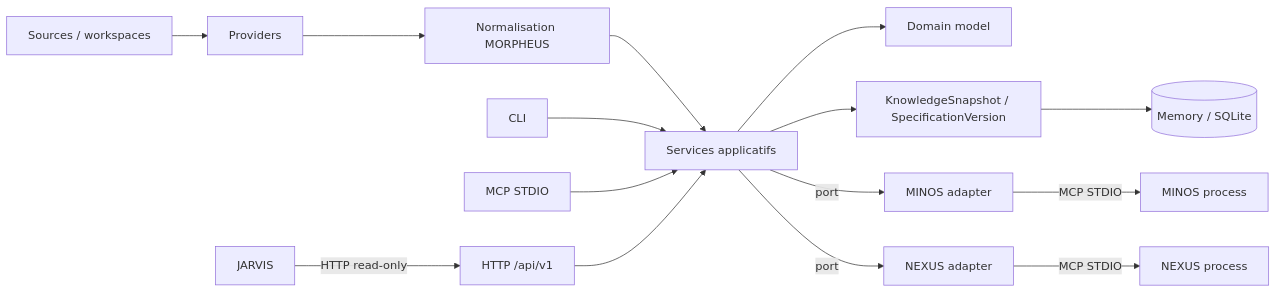
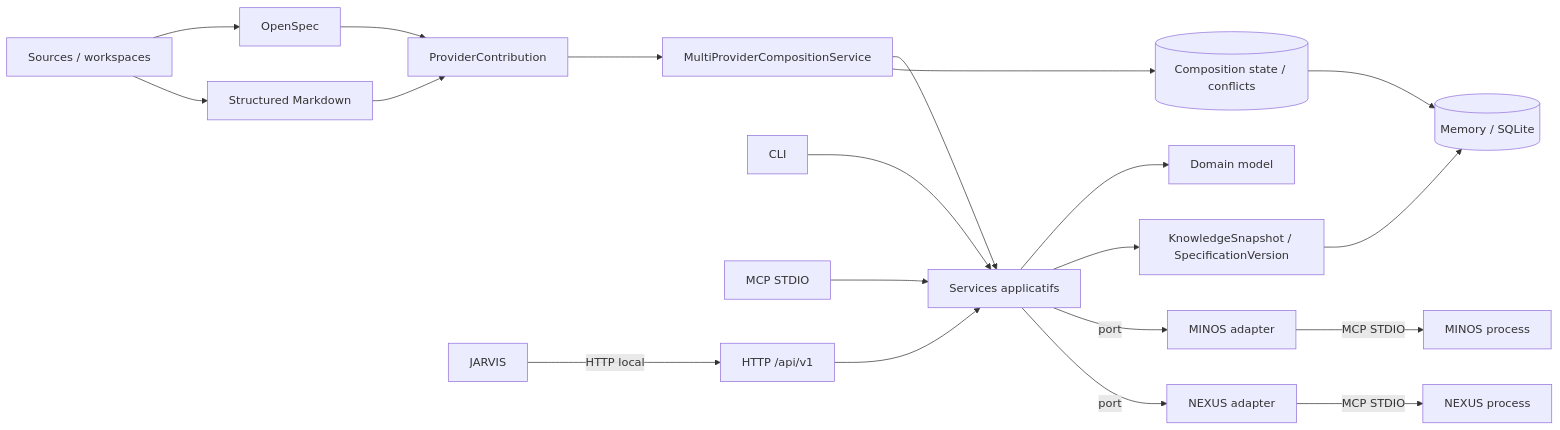
One commit to FTurleque/morpheus-engine changed the diagram in docs/developer/ARCHITECTURE.md. Above: the diagram before and after it, drawn with Mermaid. The commit also changed other lines of this file, not shown here.

Commit message:
docs: reconcile architecture with M18 baseline

````diff
--- a/docs/developer/ARCHITECTURE.md
+++ b/docs/developer/ARCHITECTURE.md
@@ -9,19 +9,24 @@
 ```mermaid
 flowchart LR
-    SRC[Sources / workspaces] --> PROVIDERS[Providers]
-    PROVIDERS --> NORM[Normalisation MORPHEUS]
-    NORM --> APP[Services applicatifs]
+    SRC[Sources / workspaces] --> OPEN[OpenSpec]
+    SRC --> MD[Structured Markdown]
+    OPEN --> C[ProviderContribution]
+    MD --> C
+    C --> COMP[MultiProviderCompositionService]
+    COMP --> APP[Services applicatifs]
     APP --> DOMAIN[Domain model]
     APP --> SNAP[KnowledgeSnapshot / SpecificationVersion]
+    COMP --> CST[(Composition state / conflicts)]
     SNAP --> STORE[(Memory / SQLite)]
+    CST --> STORE
 
     CLI[CLI] --> APP
     MCP[MCP STDIO] --> APP
     API[HTTP /api/v1] --> APP
 
     APP -->|port| MINOS[MINOS adapter]
     APP -->|port| NEXUS[NEXUS adapter]
     MINOS -->|MCP STDIO| MINOSRT[MINOS process]
     NEXUS -->|MCP STDIO| NEXUSRT[NEXUS process]
-    JARVIS[JARVIS] -->|HTTP read-only| API
+    JARVIS[JARVIS] -->|HTTP local| API
 ```
````
